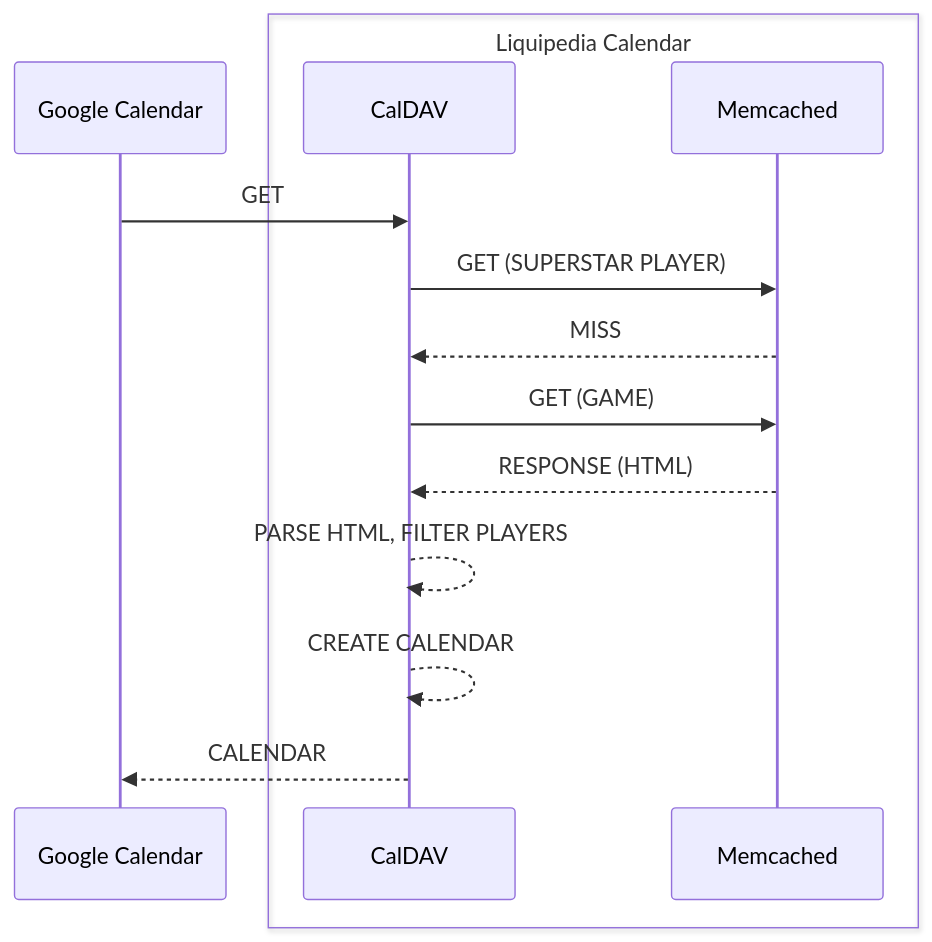
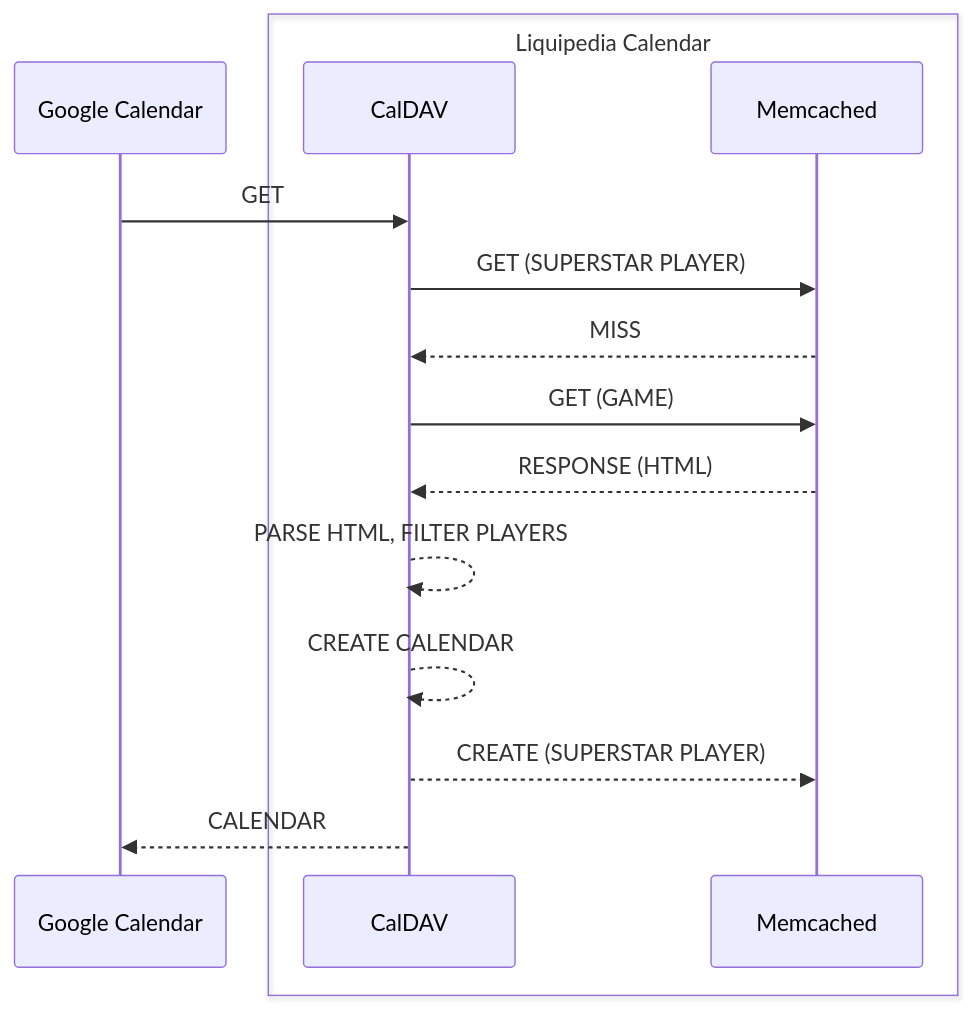
Before and after one commit to Napolitain/liquipedia-calendar: the second of 3 diagrams in DESIGN.md, drawn with Mermaid. The commit also changed other lines of this file, not shown here.

````diff
--- a/DESIGN.md
+++ b/DESIGN.md
@@ -40,16 +43,17 @@
 ```mermaid
 sequenceDiagram
     participant Google Calendar
     box Liquipedia Calendar
         participant CalDAV
         participant Memcached
     end
     Google Calendar->>CalDAV: GET
     CalDAV->>Memcached: GET (SUPERSTAR PLAYER)
     Memcached-->>CalDAV: MISS
     CalDAV->>Memcached: GET (GAME)
     Memcached-->>CalDAV: RESPONSE (HTML)
     CalDAV-->>CalDAV: PARSE HTML, FILTER PLAYERS
     CalDAV-->>CalDAV: CREATE CALENDAR
+    CalDAV-->>Memcached: CREATE (SUPERSTAR PLAYER)
     CalDAV-->>Google Calendar: CALENDAR
 ```
````
